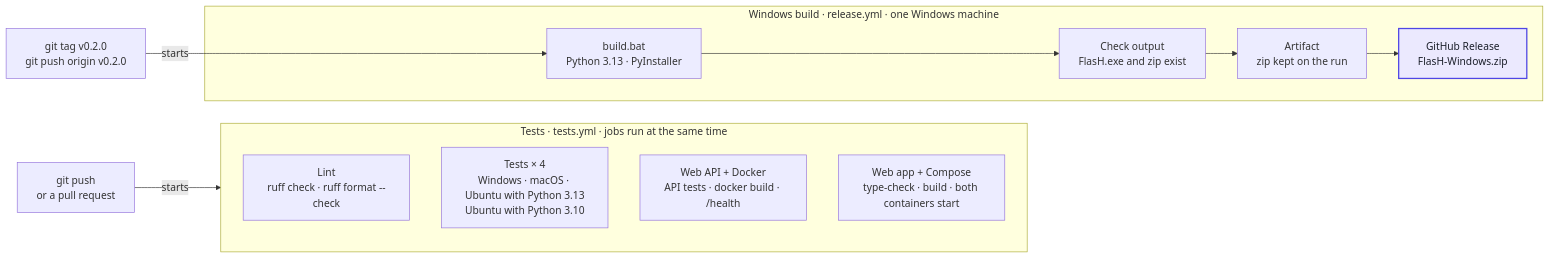
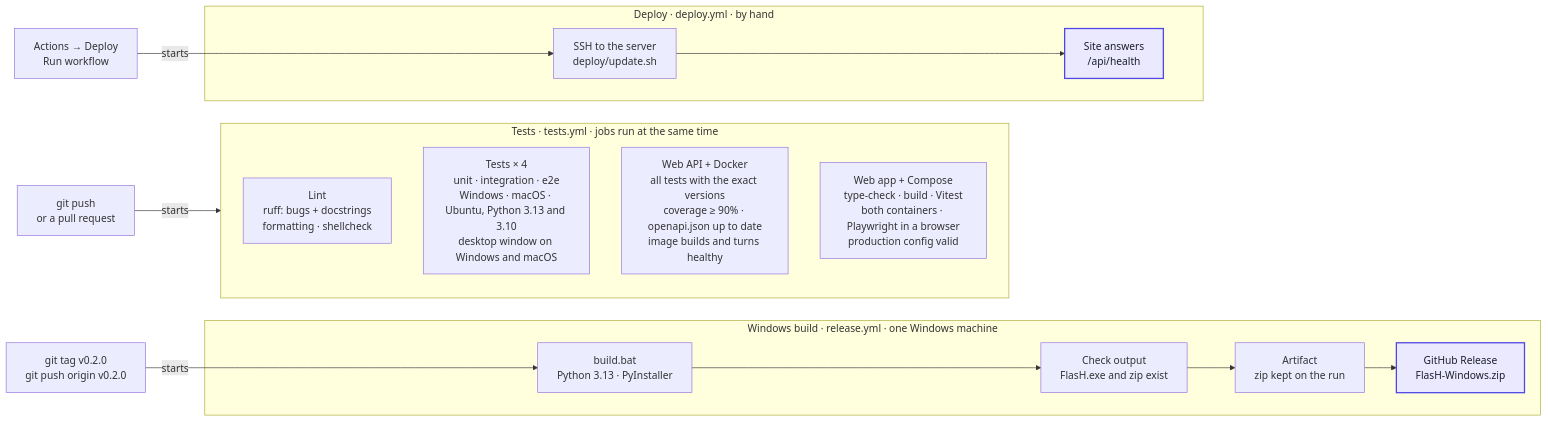
One commit to IvanSpinko/FlasH changed the third of 3 diagrams in docs/ARCHITECTURE.md. Above: the diagram before and after it, drawn with Mermaid. The commit also changed other lines of this file and 95 other files, not shown here.

First line of the commit message:
chore: prepare the web version for a public server, with tests and docs (#5)

````diff
--- a/docs/ARCHITECTURE.md
+++ b/docs/ARCHITECTURE.md
@@ -107,20 +109,26 @@
 ```mermaid
 flowchart LR
     push["git push<br/>or a pull request"] -- "starts" --> tests
 
     subgraph tests["Tests · tests.yml · jobs run at the same time"]
-        lint["Lint<br/>ruff check · ruff format --check"]
-        matrix["Tests × 4<br/>Windows · macOS · Ubuntu with Python 3.13<br/>Ubuntu with Python 3.10"]
-        apijob["Web API + Docker<br/>API tests · docker build · /health"]
-        webjob["Web app + Compose<br/>type-check · build · both containers start"]
+        lint["Lint<br/>ruff: bugs + docstrings<br/>formatting · shellcheck"]
+        matrix["Tests × 4<br/>unit · integration · e2e<br/>Windows · macOS · Ubuntu, Python 3.13 and 3.10<br/>desktop window on Windows and macOS"]
+        apijob["Web API + Docker<br/>all tests with the exact versions<br/>coverage ≥ 90% · openapi.json up to date<br/>image builds and turns healthy"]
+        webjob["Web app + Compose<br/>type-check · build · Vitest<br/>both containers · Playwright in a browser<br/>production config valid"]
     end
 
     tag["git tag v0.2.0<br/>git push origin v0.2.0"] -- "starts" --> build
 
     subgraph release["Windows build · release.yml · one Windows machine"]
         build["build.bat<br/>Python 3.13 · PyInstaller"] --> check["Check output<br/>FlasH.exe and zip exist"] --> artifact["Artifact<br/>zip kept on the run"] --> gh["GitHub Release<br/>FlasH-Windows.zip"]
     end
 
+    button["Actions → Deploy<br/>Run workflow"] -- "starts" --> deploy
+
+    subgraph deployflow["Deploy · deploy.yml · by hand"]
+        deploy["SSH to the server<br/>deploy/update.sh"] --> health["Site answers<br/>/api/health"]
+    end
+
     classDef hub fill:#ebe9fe,stroke:#4f46e5,stroke-width:2px,color:#1b1f2a
-    class gh hub
+    class gh,health hub
 ```
````
